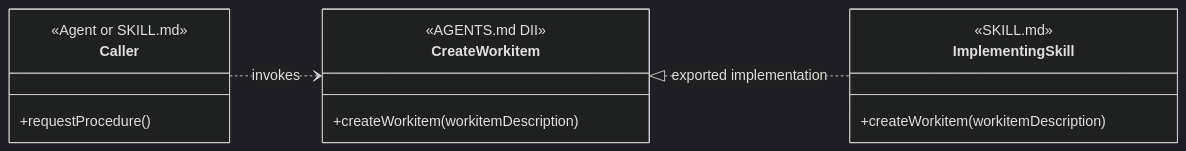
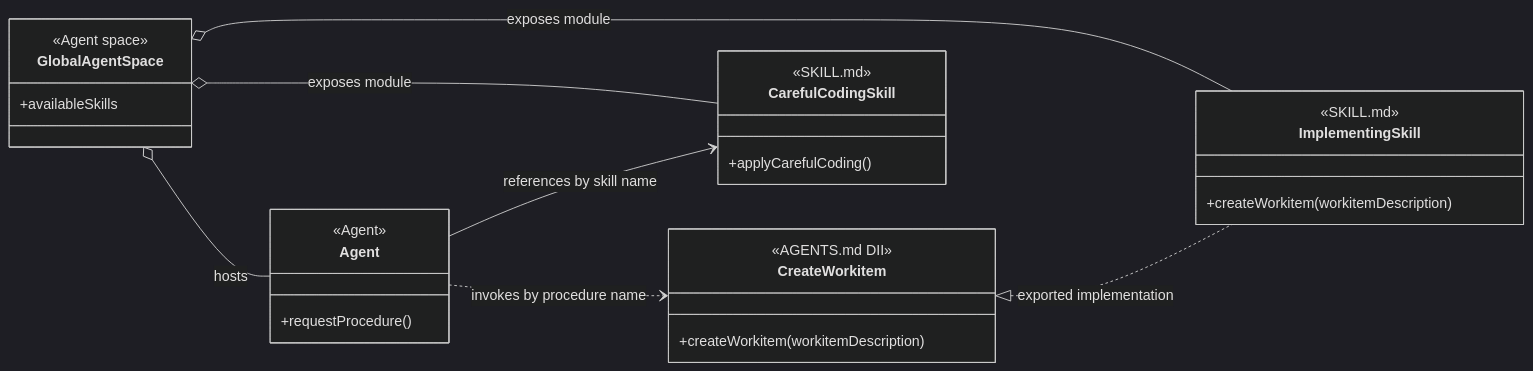
Before and after one commit to martinbechard/dev-methodology: the first of 11 diagrams in design/object-oriented-agent-and-skill-model.md, drawn with Mermaid (dark theme). The commit also changed other lines of this file and 2 other files, not shown here.

Commit message:
Distinguish agent injected and peer skills

````diff
--- a/design/object-oriented-agent-and-skill-model.md
+++ b/design/object-oriented-agent-and-skill-model.md
@@ -41,22 +66,37 @@
 ```mermaid
 classDiagram
     direction LR
 
-    class Caller {
-        <<Agent or SKILL.md>>
+    class GlobalAgentSpace {
+        <<Agent space>>
+        +availableSkills
+    }
+
+    class Agent {
+        <<Agent>>
         +requestProcedure()
     }
 
     class CreateWorkitem {
         <<AGENTS.md DII>>
         +createWorkitem(workitemDescription)
     }
 
     class ImplementingSkill {
         <<SKILL.md>>
         +createWorkitem(workitemDescription)
     }
 
-    Caller ..> CreateWorkitem : invokes
+    class CarefulCodingSkill {
+        <<SKILL.md>>
+        <<Agent Skill>>
+        +applyCarefulCoding()
+    }
+
+    GlobalAgentSpace o-- Agent : hosts
+    GlobalAgentSpace o-- ImplementingSkill : exposes module
+    GlobalAgentSpace o-- CarefulCodingSkill : exposes module
+    Agent --> CarefulCodingSkill : references by skill name
+    Agent ..> CreateWorkitem : invokes by procedure name
     CreateWorkitem <|.. ImplementingSkill : exported implementation
 ```
````
